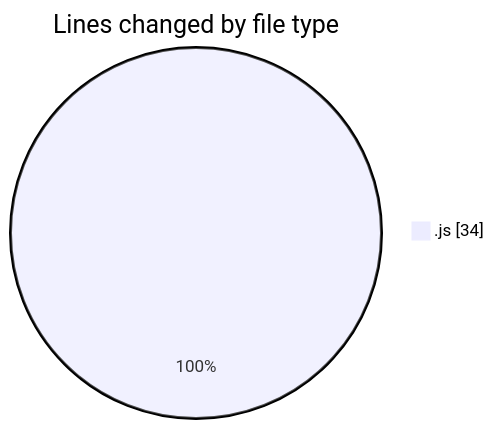
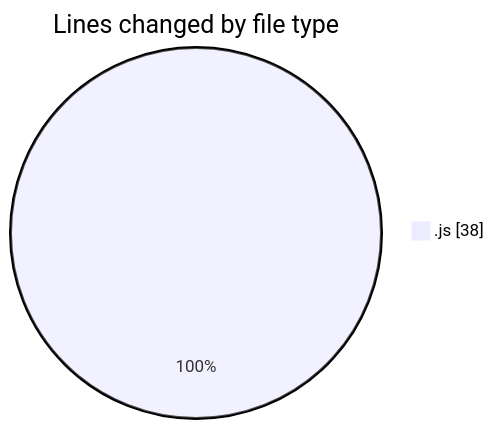
The first of 2 diagrams in 2025-05-23/cda/README.md (momahboobian/code-tracking), drawn with Mermaid before and after one commit. The commit also changed other lines of this file and 1 other file, not shown here.

````diff
--- a/2025-05-23/cda/README.md
+++ b/2025-05-23/cda/README.md
@@ -20,5 +20,5 @@
 ```mermaid
 pie showData
 title Lines changed by file type
-".js" : 34
+".js" : 38
 ```
````
